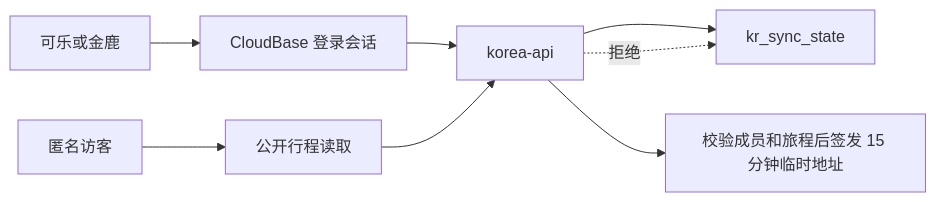
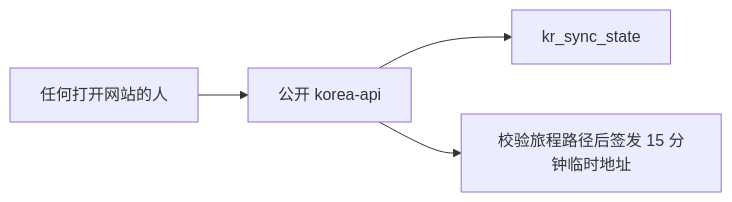
One commit to hankkyy/Korea-Trip changed the diagram in ARCHITECTURE.md. Above: the diagram before and after it, drawn with Mermaid. The commit also changed other lines of this file and 9 other files, not shown here.

````diff
--- a/ARCHITECTURE.md
+++ b/ARCHITECTURE.md
@@ -23,10 +23,6 @@
 ```mermaid
 flowchart LR
-  U[可乐或金鹿] --> A[CloudBase 登录会话]
-  A --> API[korea-api]
+  U[任何打开网站的人] --> API[公开 korea-api]
   API --> S[kr_sync_state]
-  API --> T[校验成员和旅程后签发 15 分钟临时地址]
-  V[匿名访客] --> P[公开行程读取]
-  P --> API
-  API -.拒绝.-> S
+  API --> T[校验旅程路径后签发 15 分钟临时地址]
 ```
````
